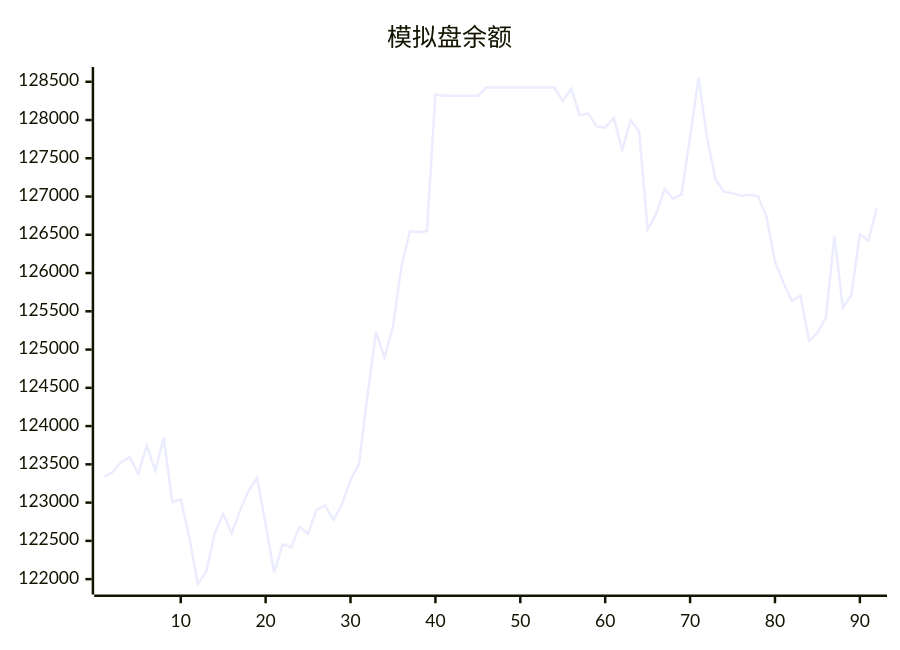
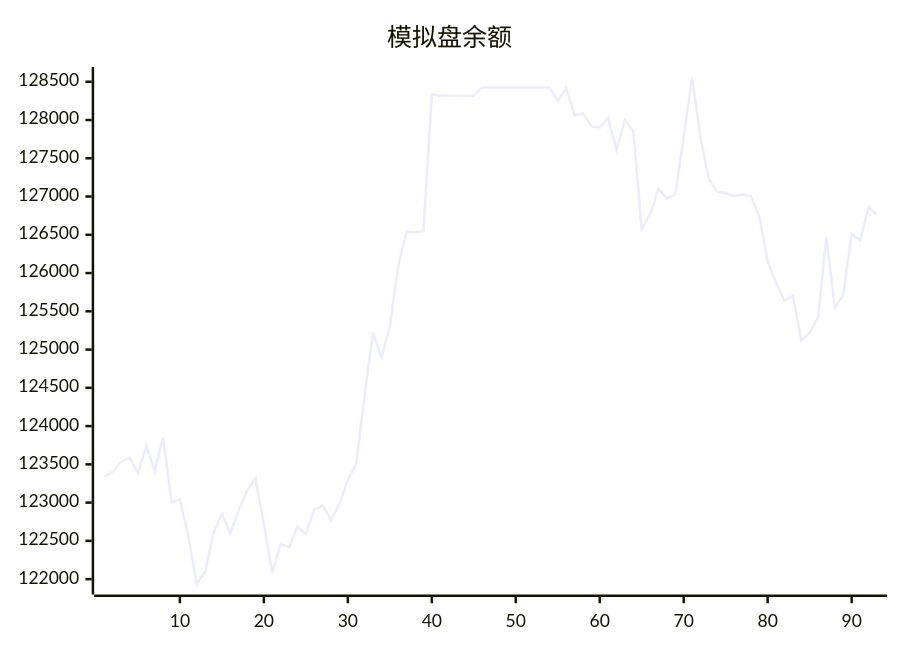
The diagram in README.md (aahl/ai-trading), drawn with Mermaid before and after one commit. The commit also changed other lines of this file and 1 other file, not shown here.

````diff
--- a/README.md
+++ b/README.md
@@ -5,5 +5,5 @@
 ```mermaid
 xychart
     title "模拟盘余额"
-    line [123338,123402,123530,123592,123378,123745,123413,123853,123009,123040,122557,121938,122095,122599,122856,122597,122898,123160,123319,122719,122087,122454,122416,122685,122592,122907,122961,122776,122981,123295,123507,124403,125224,124894,125303,126088,126544,126534,126549,128335,128318,128318,128318,128318,128318,128424,128424,128424,128424,128424,128424,128424,128424,128424,128247,128412,128062,128087,127917,127901,128026,127611,128000,127850,126572,126770,127100,126971,127029,127783,128554,127765,127224,127064,127044,127009,127025,127004,126738,126152,125871,125635,125707,125117,125217,125420,126480,125545,125715,126511,126424,126856]
+    line [123338,123402,123530,123592,123378,123745,123413,123853,123009,123040,122557,121938,122095,122599,122856,122597,122898,123160,123319,122719,122087,122454,122416,122685,122592,122907,122961,122776,122981,123295,123507,124403,125224,124894,125303,126088,126544,126534,126549,128335,128318,128318,128318,128318,128318,128424,128424,128424,128424,128424,128424,128424,128424,128424,128247,128412,128062,128087,127917,127901,128026,127611,128000,127850,126572,126770,127100,126971,127029,127783,128554,127765,127224,127064,127044,127009,127025,127004,126738,126152,125871,125635,125707,125117,125217,125420,126480,125545,125715,126511,126424,126856,126764]
 ```
````
